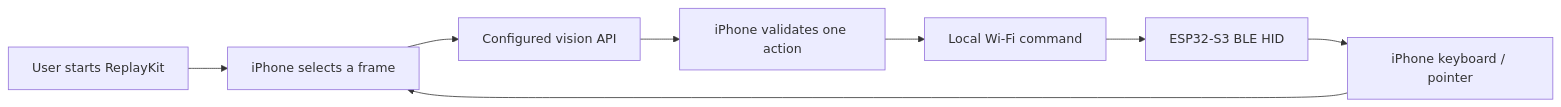
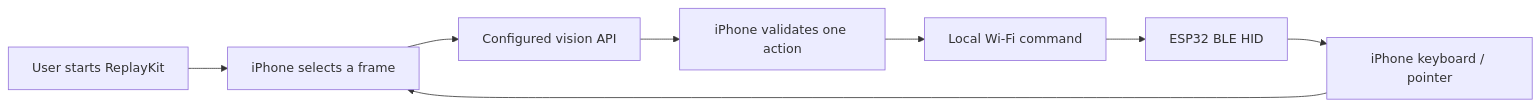
The diagram in README.md (zmnsQ/SightLatch), drawn with Mermaid before and after one commit. The commit also changed other lines of this file and 77 other files, not shown here.

````diff
--- a/README.md
+++ b/README.md
@@ -27,10 +27,10 @@
 ```mermaid
 flowchart LR
     A[User starts ReplayKit] --> B[iPhone selects a frame]
     B --> C[Configured vision API]
     C --> D[iPhone validates one action]
     D --> E[Local Wi-Fi command]
-    E --> F[ESP32-S3 BLE HID]
+    E --> F[ESP32 BLE HID]
     F --> G[iPhone keyboard / pointer]
     G --> B
 ```
````
